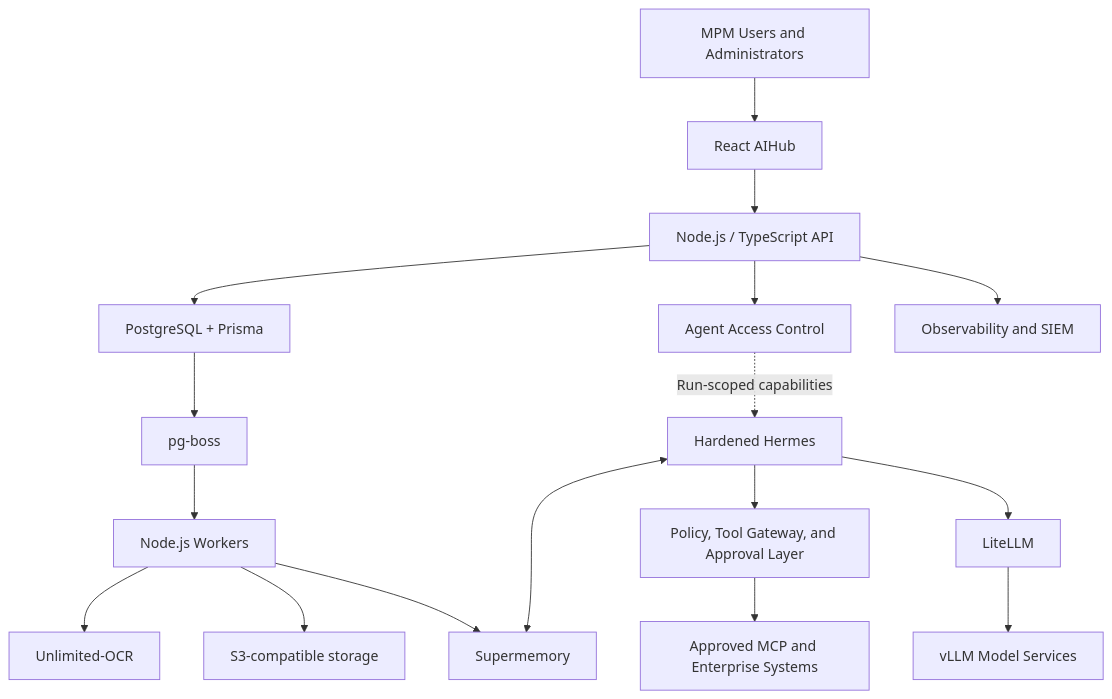
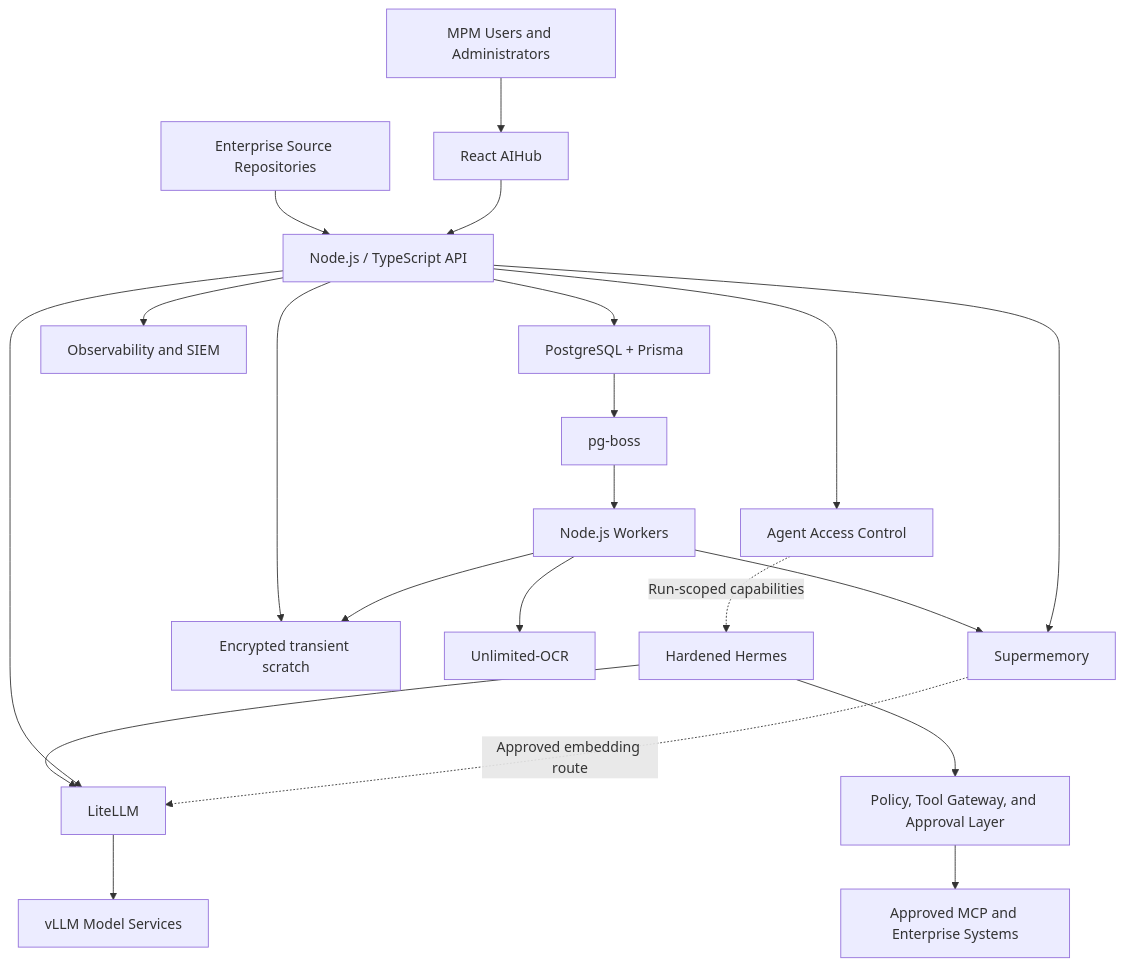
The diagram in docs/AIHUB_PRD.md (multichainerz/AI), drawn with Mermaid before and after one commit. The commit also changed other lines of this file and 69 other files, not shown here.

````diff
--- a/docs/AIHUB_PRD.md
+++ b/docs/AIHUB_PRD.md
@@ -415,24 +420,28 @@
 ```mermaid
 flowchart TB
     U["MPM Users and Administrators"] --> W["React AIHub"]
+    E["Enterprise Source Repositories"] --> A
     W --> A["Node.js / TypeScript API"]
 
     A --> P["PostgreSQL + Prisma"]
     P --> Q["pg-boss"]
     Q --> WK["Node.js Workers"]
 
     A --> C["Agent Access Control"]
     C -. "Run-scoped capabilities" .-> H["Hardened Hermes"]
     H --> G["Policy, Tool Gateway, and Approval Layer"]
     G --> MCP["Approved MCP and Enterprise Systems"]
 
     H --> L["LiteLLM"]
+    A --> L
     L --> V["vLLM Model Services"]
 
+    A --> T["Encrypted transient scratch"]
+    WK --> T
     WK --> O["Unlimited-OCR"]
-    WK --> S["S3-compatible storage"]
     WK --> M["Supermemory"]
-    H <--> M
+    A --> M
+    M -. "Approved embedding route" .-> L
 
     A --> OBS["Observability and SIEM"]
 ```
````
